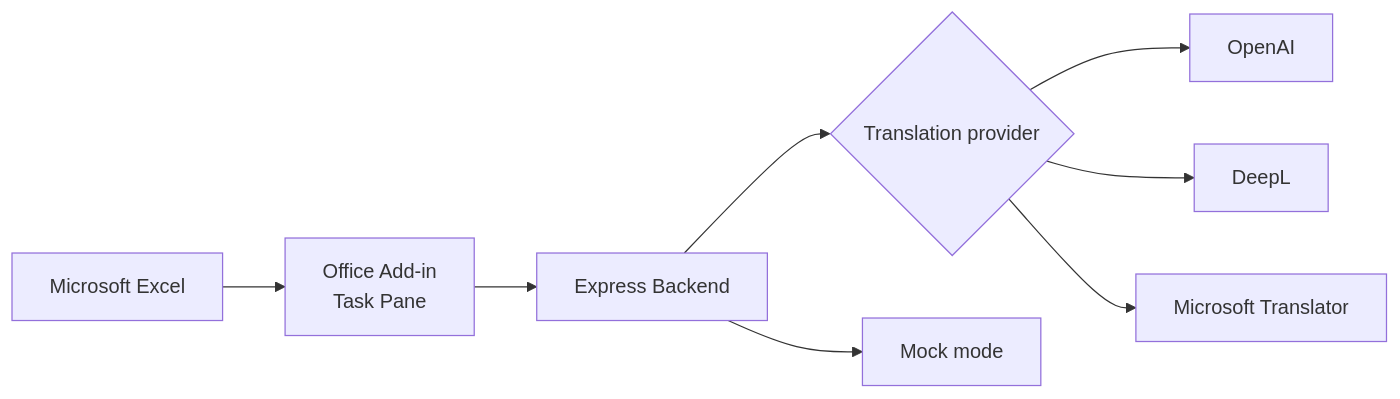
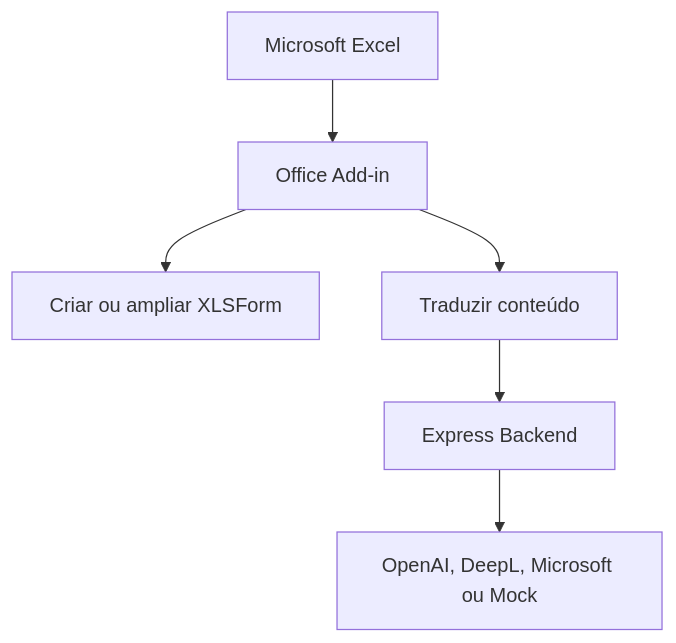
The diagram in README.md (Jubilio/xlsform-ai-translator), drawn with Mermaid before and after one commit. The commit also changed other lines of this file, not shown here.

First line of the commit message:
Update README for XLSForm builder (#10)

````diff
--- a/README.md
+++ b/README.md
@@ -80,10 +82,8 @@
 ```mermaid
-flowchart LR
-    A[Microsoft Excel] --> B[Office Add-in<br/>Task Pane]
-    B --> C[Express Backend]
-    C --> D{Translation provider}
-    D --> E[OpenAI]
-    D --> F[DeepL]
-    D --> G[Microsoft Translator]
-    C --> H[Mock mode]
+flowchart TD
+    A[Microsoft Excel] --> B[Office Add-in]
+    B --> C[Criar ou ampliar XLSForm]
+    B --> D[Traduzir conteúdo]
+    D --> E[Express Backend]
+    E --> F[OpenAI, DeepL, Microsoft ou Mock]
 ```
````
